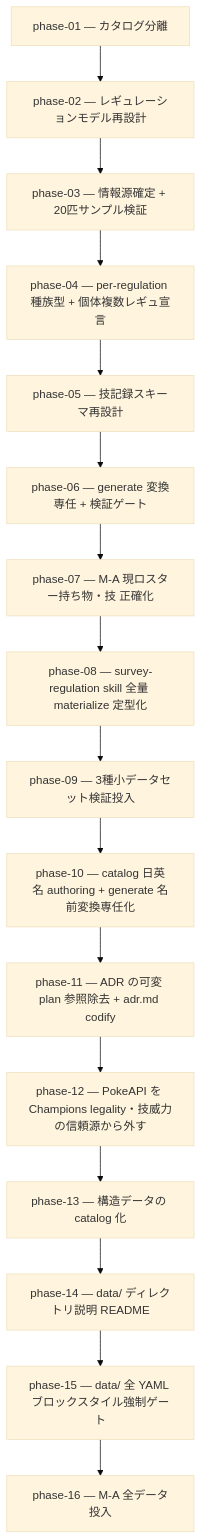
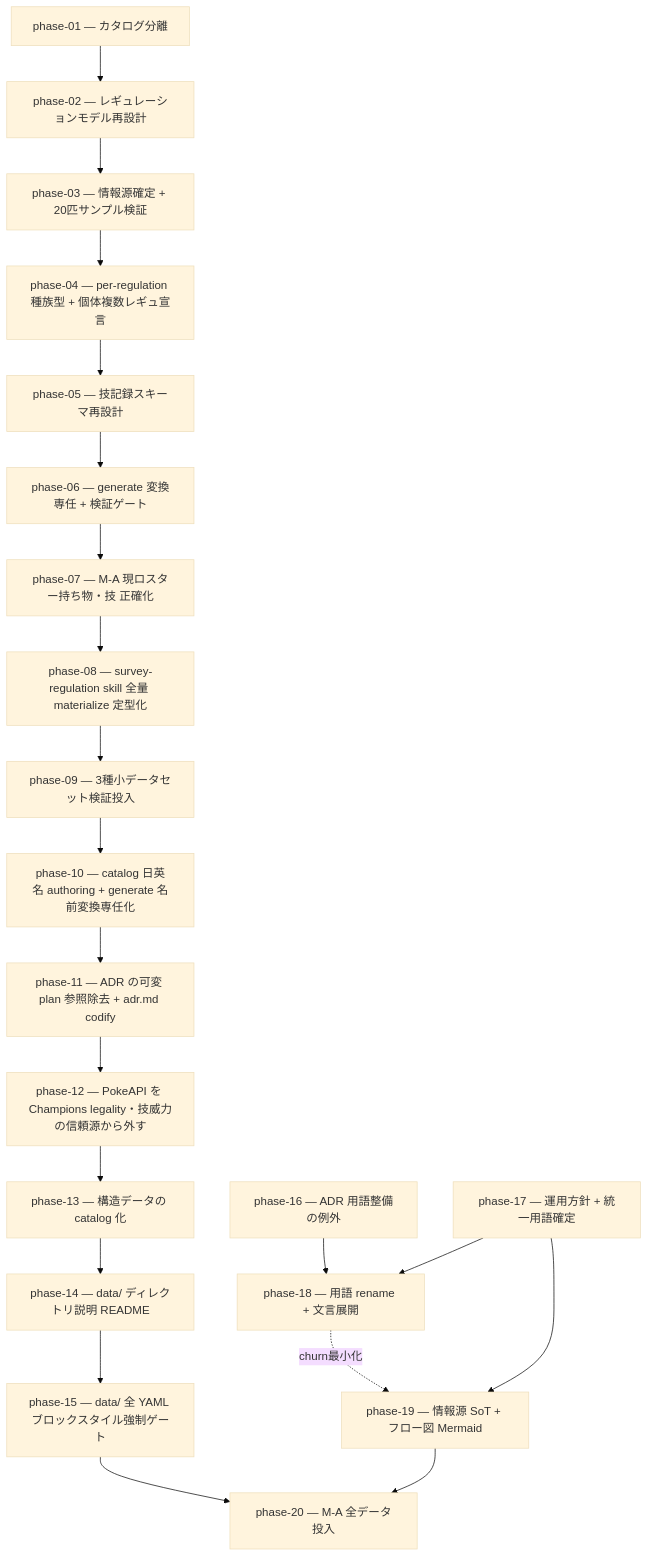
The diagram in docs/plan/02-data-model-redesign/README.md (subroh0508/pokeform), drawn with Mermaid (base theme) before and after one commit. The commit also changed other lines of this file and 16 other files, not shown here.

````diff
--- a/docs/plan/02-data-model-redesign/README.md
+++ b/docs/plan/02-data-model-redesign/README.md
@@ -14,18 +14,23 @@
 ```mermaid
 flowchart TD
     P1[phase-01 — カタログ分離] --> P2[phase-02 — レギュレーションモデル再設計]
     P2 --> P3[phase-03 — 情報源確定 + 20匹サンプル検証]
     P3 --> P4[phase-04 — per-regulation 種族型 + 個体複数レギュ宣言]
     P4 --> P5[phase-05 — 技記録スキーマ再設計]
     P5 --> P6[phase-06 — generate 変換専任 + 検証ゲート]
     P6 --> P7[phase-07 — M-A 現ロスター持ち物・技 正確化]
     P7 --> P8[phase-08 — survey-regulation skill 全量 materialize 定型化]
     P8 --> P9[phase-09 — 3種小データセット検証投入]
     P9 --> P10[phase-10 — catalog 日英名 authoring + generate 名前変換専任化]
     P10 --> P11[phase-11 — ADR の可変 plan 参照除去 + adr.md codify]
     P11 --> P12[phase-12 — PokeAPI を Champions legality・技威力の信頼源から外す]
     P12 --> P13[phase-13 — 構造データの catalog 化]
     P13 --> P14[phase-14 — data/ ディレクトリ説明 README]
     P14 --> P15[phase-15 — data/ 全 YAML ブロックスタイル強制ゲート]
-    P15 --> P16[phase-16 — M-A 全データ投入]
+    P15 --> P20[phase-20 — M-A 全データ投入]
+    P16[phase-16 — ADR 用語整備の例外] --> P18[phase-18 — 用語 rename + 文言展開]
+    P17[phase-17 — 運用方針 + 統一用語確定] --> P18
+    P17 --> P19[phase-19 — 情報源 SoT + フロー図 Mermaid]
+    P18 -. churn最小化 .-> P19
+    P19 --> P20
 ```
````
